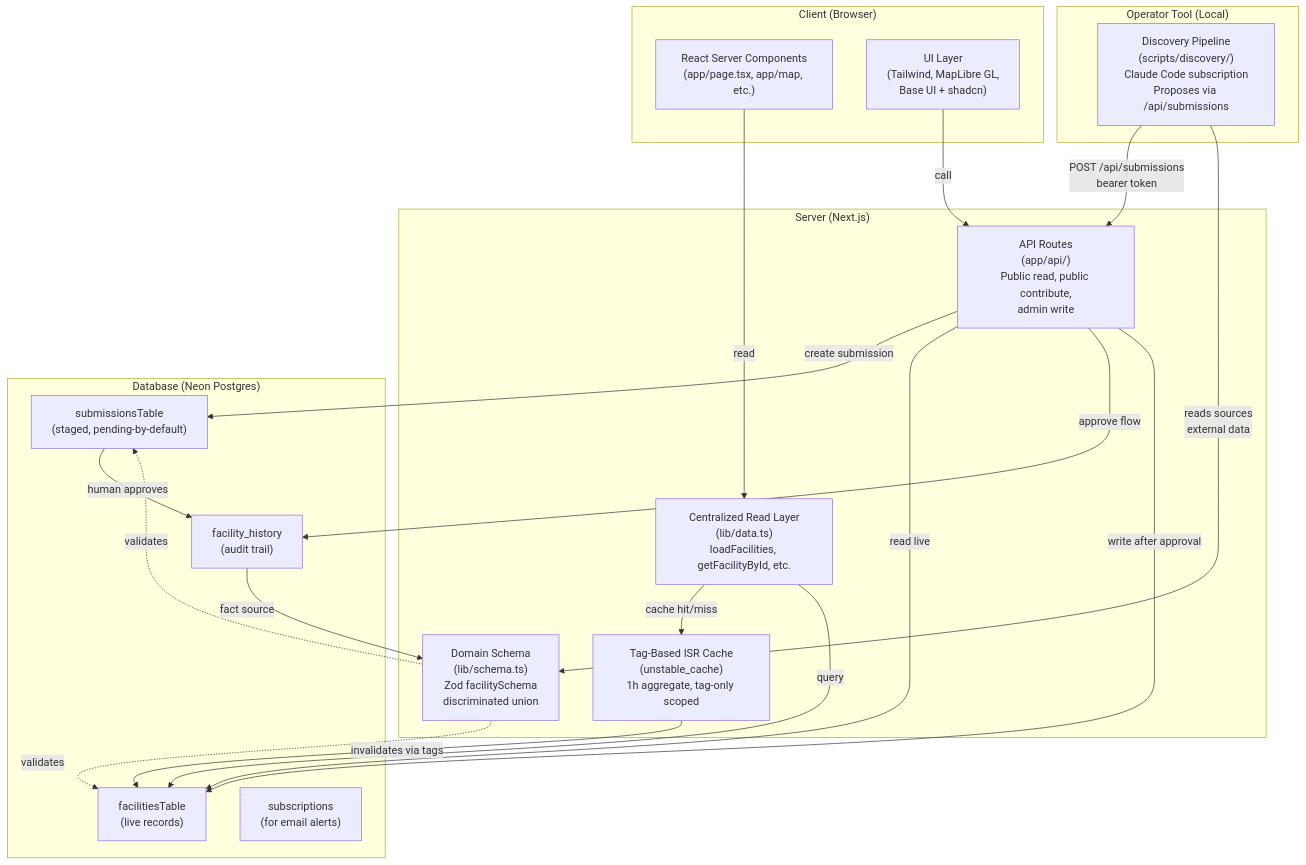
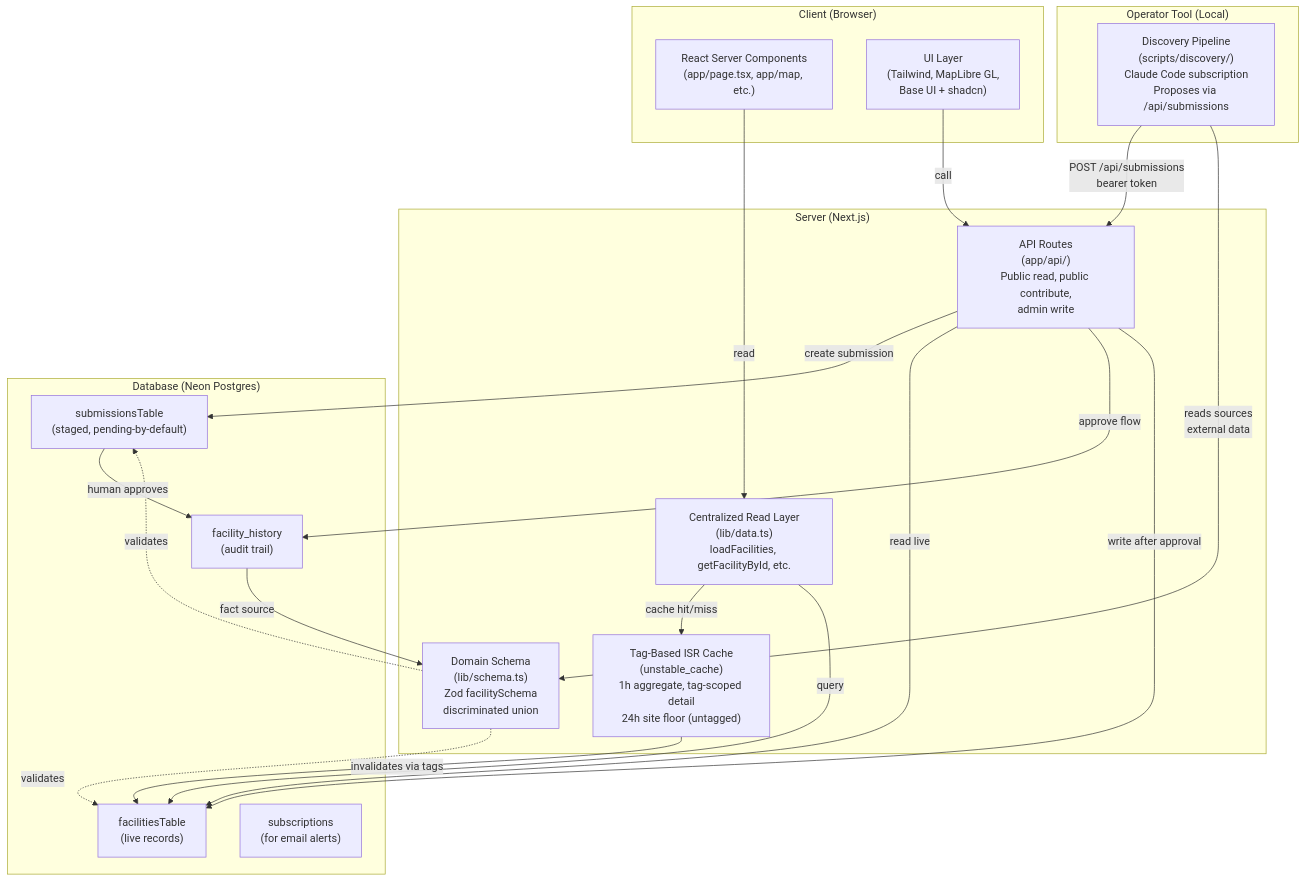
Before and after one commit to ek33450505/compute-atlas: the diagram in ARCHITECTURE.md, drawn with Mermaid. The commit also changed other lines of this file and 17 other files, not shown here.

````diff
--- a/ARCHITECTURE.md
+++ b/ARCHITECTURE.md
@@ -115,45 +115,45 @@
 ```mermaid
 graph TB
     subgraph "Client (Browser)"
         RSC["React Server Components<br/>(app/page.tsx, app/map, etc.)"]
         UI["UI Layer<br/>(Tailwind, MapLibre GL,<br/>Base UI + shadcn)"]
     end
 
     subgraph "Server (Next.js)"
         Data["Centralized Read Layer<br/>(lib/data.ts)<br/>loadFacilities, getFacilityById, etc."]
-        Cache["Tag-Based ISR Cache<br/>(unstable_cache)<br/>1h aggregate, tag-only scoped"]
+        Cache["Tag-Based ISR Cache<br/>(unstable_cache)<br/>1h aggregate, tag-scoped detail<br/>24h site floor (untagged)"]
         Schema["Domain Schema<br/>(lib/schema.ts)<br/>Zod facilitySchema<br/>discriminated union"]
         API["API Routes<br/>(app/api/)<br/>Public read, public contribute,<br/>admin write"]
     end
 
     subgraph "Database (Neon Postgres)"
         Live["facilitiesTable<br/>(live records)"]
         Submissions["submissionsTable<br/>(staged, pending-by-default)"]
         History["facility_history<br/>(audit trail)"]
         Subs["subscriptions<br/>(for email alerts)"]
     end
 
     subgraph "Operator Tool (Local)"
         Pipeline["Discovery Pipeline<br/>(scripts/discovery/)<br/>Claude Code subscription<br/>Proposes via /api/submissions"]
     end
 
     RSC -->|read| Data
     Data -->|cache hit/miss| Cache
     Data -->|query| Live
     Cache -->|invalidates via tags| Live
 
     UI -->|call| API
     API -->|create submission| Submissions
     API -->|read live| Live
     API -->|approve flow| History
     API -->|write after approval| Live
 
     Submissions -->|human approves| History
     History -->|fact source| Schema
 
     Pipeline -->|POST /api/submissions<br/>bearer token| API
     Pipeline -->|reads sources<br/>external data| Schema
 
     Schema -.->|validates| Live
     Schema -.->|validates| Submissions
 ```
````
